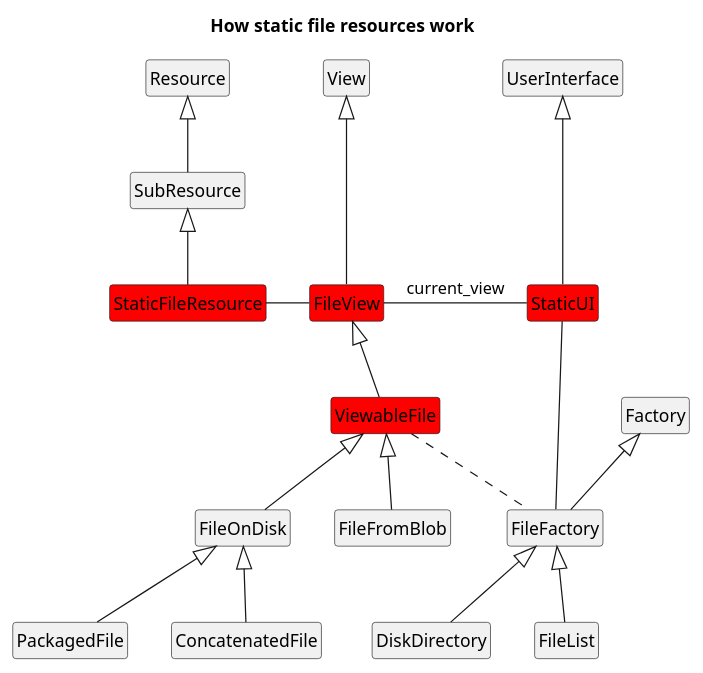
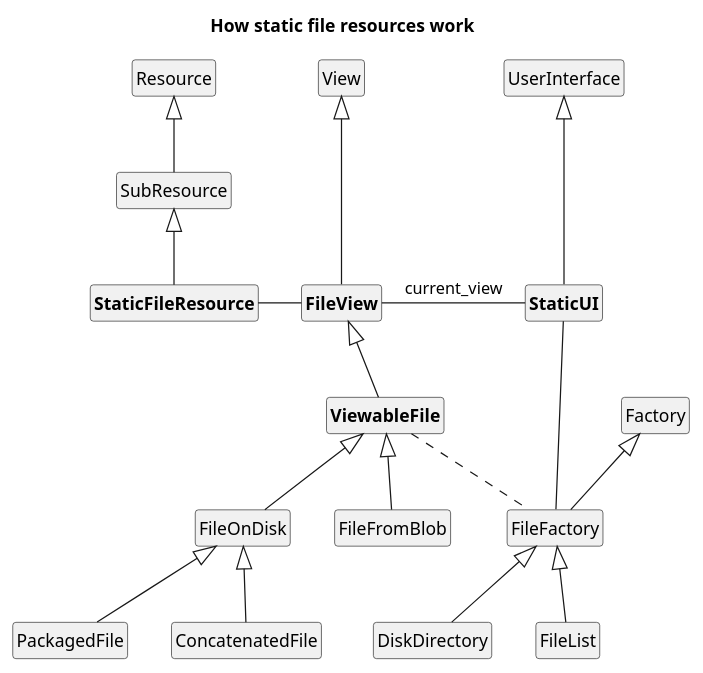
Before and after one commit to reahl/reahl: the diagram in reahl-web/reahl/web_dev/advanced/static_file_resources.puml, drawn with PlantUML. The commit also changed 28 other files, not shown here.

```diff
--- a/reahl-web/reahl/web_dev/advanced/static_file_resources.puml
+++ b/reahl-web/reahl/web_dev/advanced/static_file_resources.puml
@@ -1,32 +1,32 @@
 @startuml
 
 title How static file resources work
 
 hide members
 hide circle
 
-class StaticFileResource #red
-class FileView #red
-class StaticUI #red
-class ViewableFile #red
+class "<b>StaticFileResource</b>" as StaticFileResource
+class "<b>FileView</b>" as FileView
+class "<b>StaticUI</b>" as StaticUI
+class "<b>ViewableFile</b>" as ViewableFile
 
 SubResource -up-|> Resource
 StaticFileResource -up-|> SubResource
 StaticFileResource -right- FileView
 FileView -up--|> View
 StaticUI -up--|> UserInterface
 FileView -right- StaticUI : current_view
 ViewableFile -up-|> FileView
 FileOnDisk -up-|> ViewableFile
 FileFromBlob -up-|> ViewableFile
 PackagedFile -up-|> FileOnDisk
 ConcatenatedFile -up-|> FileOnDisk
 
 ViewableFile .right. FileFactory
 
 StaticUI --- FileFactory
 FileFactory -up-|> Factory
 DiskDirectory -up-|> FileFactory
 FileList -up-|> FileFactory
 
 @enduml
```
